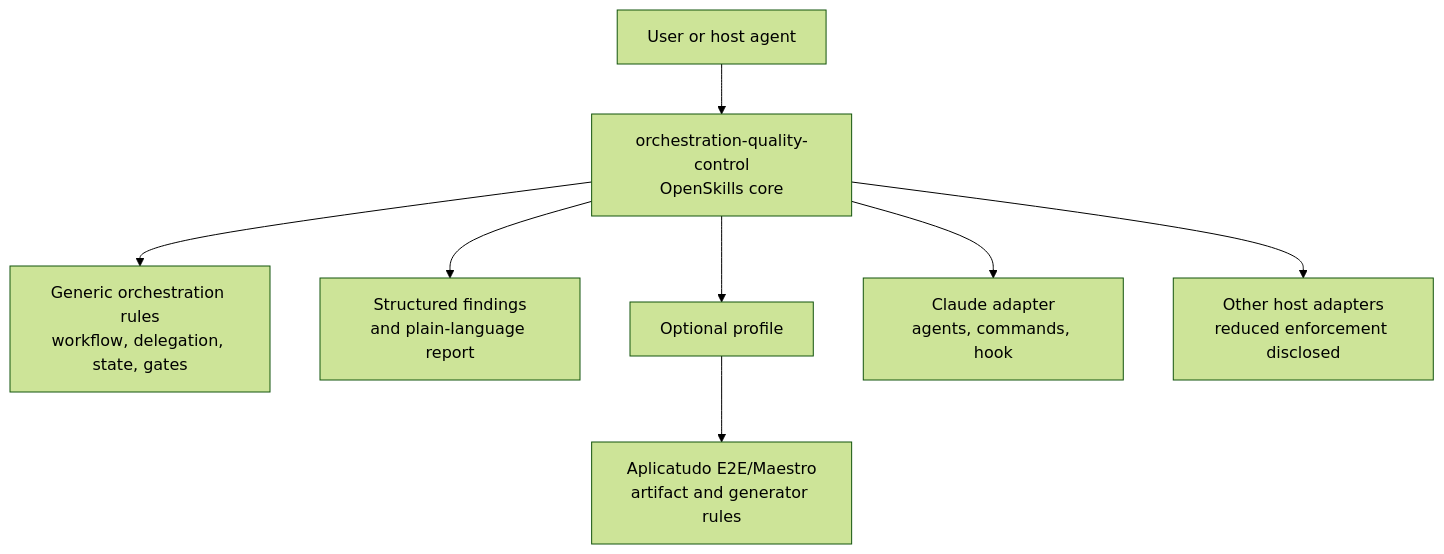
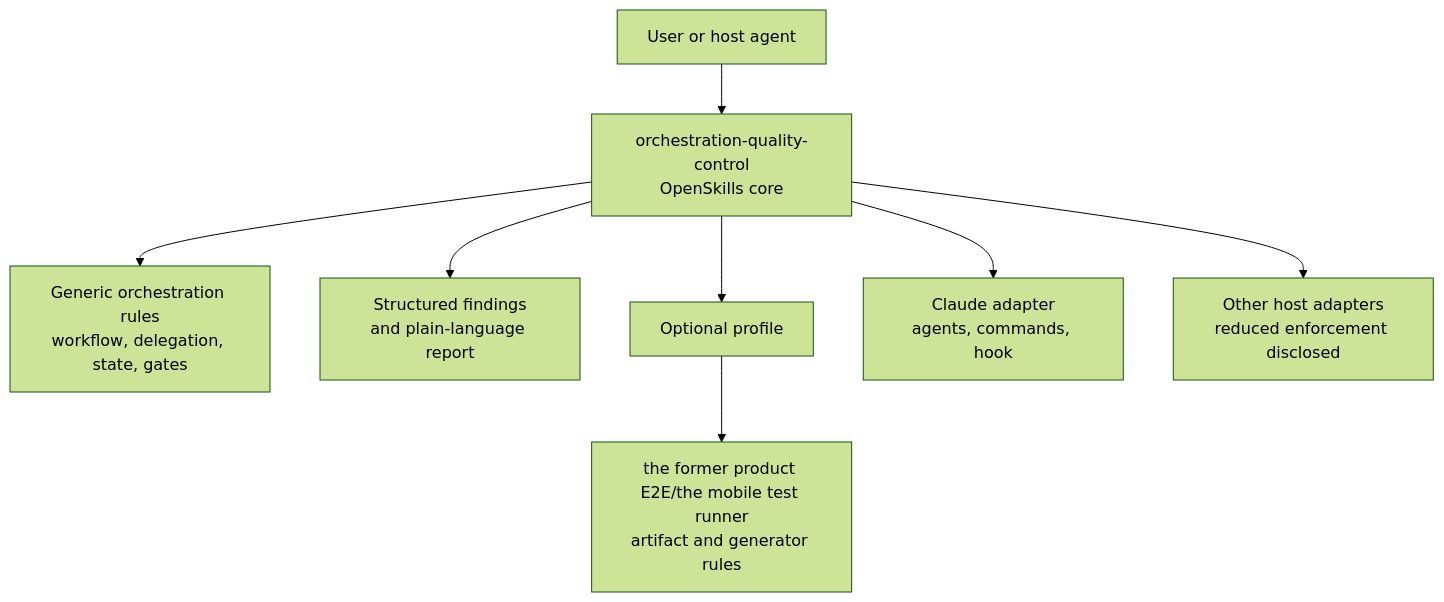
Before and after one commit to theocarranza/orchestration-quality-control-agnostic: the first of 3 diagrams in AI_Codex_OrchestratorQcPlugin/Agent_Reports/2026-07-15-orchestration-qc-openskills-architecture.md, drawn with Mermaid (forest theme). The commit also changed other lines of this file and 161 other files, not shown here.

First line of the commit message:
feat!: ship product-agnostic core with example-pipeline profile

````diff
--- a/AI_Codex_OrchestratorQcPlugin/Agent_Reports/2026-07-15-orchestration-qc-openskills-architecture.md
+++ b/AI_Codex_OrchestratorQcPlugin/Agent_Reports/2026-07-15-orchestration-qc-openskills-architecture.md
@@ -39,10 +39,10 @@
 ```mermaid
 flowchart TD
     USER["User or host agent"] --> CORE["orchestration-quality-control\nOpenSkills core"]
     CORE --> GENERIC["Generic orchestration rules\nworkflow, delegation, state, gates"]
     CORE --> REPORT["Structured findings\nand plain-language report"]
     CORE --> PROFILE["Optional profile"]
-    PROFILE --> E2E["Aplicatudo E2E/Maestro\nartifact and generator rules"]
+    PROFILE --> E2E["the former product E2E/the mobile test runner\nartifact and generator rules"]
     CORE --> CLAUDE["Claude adapter\nagents, commands, hook"]
     CORE --> OTHER["Other host adapters\nreduced enforcement disclosed"]
 ```
````
